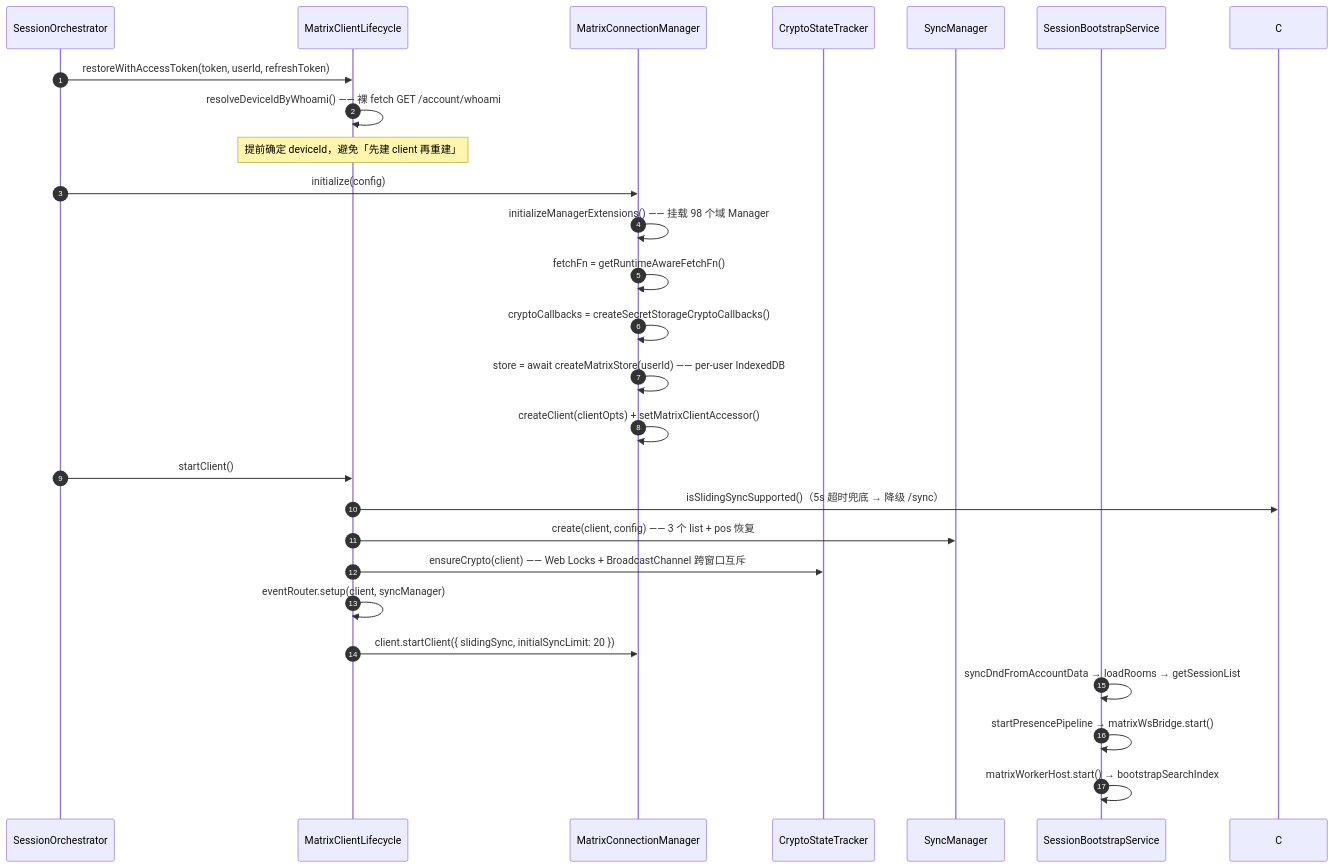
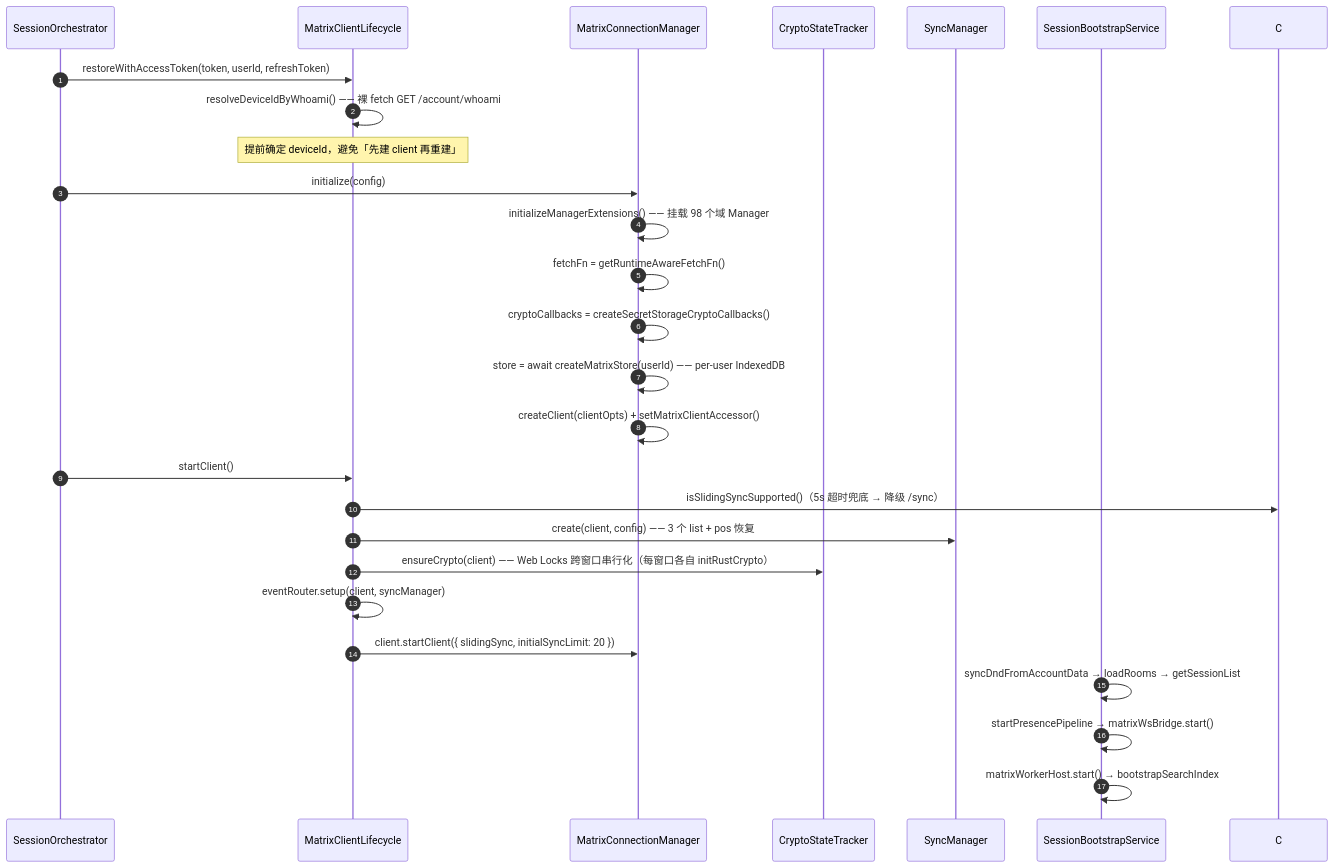
One commit to langkebo/hula changed the third of 4 diagrams in docs/Tjg-SDK-集成架构与能力图谱-2026-10-08.md. Above: the diagram before and after it, drawn with Mermaid. The commit also changed other lines of this file and 6 other files, not shown here.

````diff
--- a/docs/Tjg-SDK-集成架构与能力图谱-2026-10-08.md
+++ b/docs/Tjg-SDK-集成架构与能力图谱-2026-10-08.md
@@ -191,29 +191,29 @@
 ```mermaid
 sequenceDiagram
     autonumber
     participant O as SessionOrchestrator
     participant L as MatrixClientLifecycle
     participant M as MatrixConnectionManager
     participant CM as CryptoStateTracker
     participant SM as SyncManager
     participant B as SessionBootstrapService
 
     O->>L: restoreWithAccessToken(token, userId, refreshToken)
     L->>L: resolveDeviceIdByWhoami() —— 裸 fetch GET /account/whoami
     Note over L: 提前确定 deviceId，避免「先建 client 再重建」
     O->>M: initialize(config)
     M->>M: initializeManagerExtensions() —— 挂载 98 个域 Manager
     M->>M: fetchFn = getRuntimeAwareFetchFn()
     M->>M: cryptoCallbacks = createSecretStorageCryptoCallbacks()
     M->>M: store = await createMatrixStore(userId) —— per-user IndexedDB
     M->>M: createClient(clientOpts) + setMatrixClientAccessor()
     O->>L: startClient()
     L->>C: isSlidingSyncSupported()（5s 超时兜底 → 降级 /sync）
     L->>SM: create(client, config) —— 3 个 list + pos 恢复
-    L->>CM: ensureCrypto(client) —— Web Locks + BroadcastChannel 跨窗口互斥
+    L->>CM: ensureCrypto(client) —— Web Locks 跨窗口串行化（每窗口各自 initRustCrypto）
     L->>L: eventRouter.setup(client, syncManager)
     L->>M: client.startClient({ slidingSync, initialSyncLimit: 20 })
     B->>B: syncDndFromAccountData → loadRooms → getSessionList
     B->>B: startPresencePipeline → matrixWsBridge.start()
     B->>B: matrixWorkerHost.start() → bootstrapSearchIndex
 ```
````
